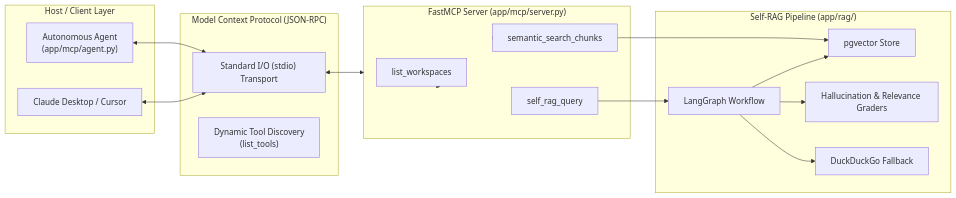
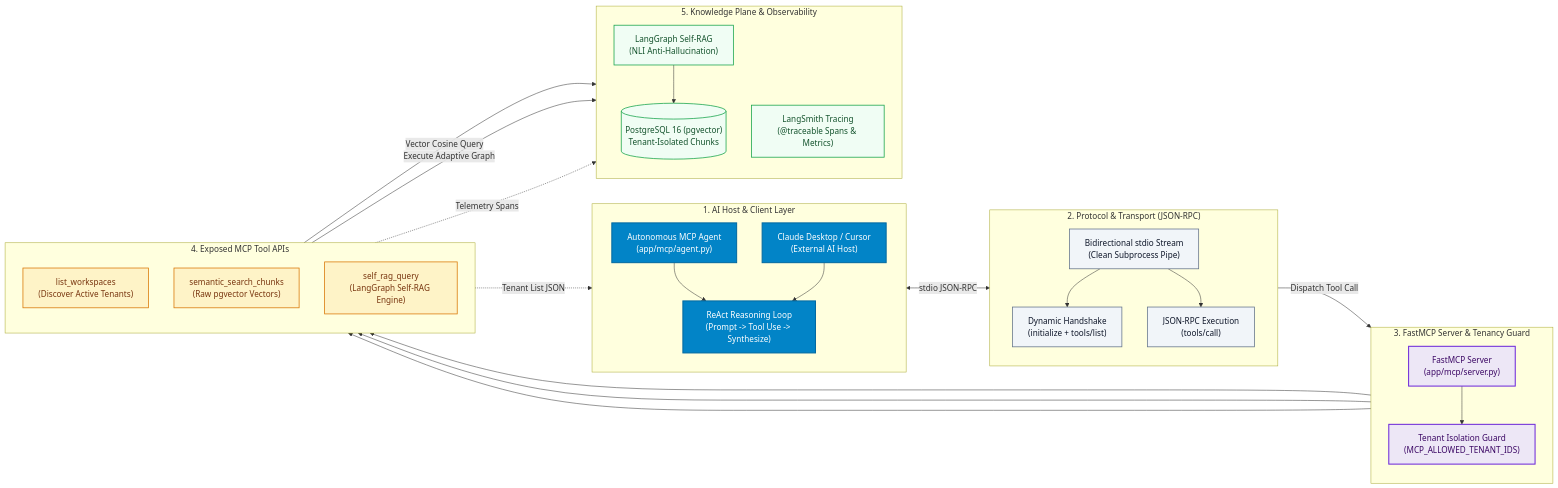
The second of 2 diagrams in README.md (Devisri-B/Multi-Tenant-SaaS-Platform-with-an-AI-Product-Assistant), drawn with Mermaid before and after one commit. The commit also changed other lines of this file and 5 other files, not shown here.

Commit message:
web search refined

````diff
--- a/README.md
+++ b/README.md
@@ -103,33 +112,67 @@
 ```mermaid
 flowchart LR
-    subgraph Host ["Host / Client Layer"]
-        Agent["Autonomous Agent<br/>(app/mcp/agent.py)"]
-        Claude["Claude Desktop / Cursor"]
+    %% Model Context Protocol (MCP) Architecture (Landscape Interview View)
+
+    subgraph Clients ["1. AI Host & Client Layer"]
+        direction TB
+        AgentCLI["Autonomous MCP Agent<br/>(app/mcp/agent.py)"]
+        IDE["Claude Desktop / Cursor<br/>(External AI Host)"]
+        ReActLoop["ReAct Reasoning Loop<br/>(Prompt -> Tool Use -> Synthesize)"]
+        AgentCLI --> ReActLoop
+        IDE --> ReActLoop
     end
 
-    subgraph MCP ["Model Context Protocol (JSON-RPC)"]
-        Stdio["Standard I/O (stdio) Transport"]
-        Discovery["Dynamic Tool Discovery<br/>(list_tools)"]
+    subgraph Protocol ["2. Protocol & Transport (JSON-RPC)"]
+        direction TB
+        StdioPipe["Bidirectional stdio Stream<br/>(Clean Subprocess Pipe)"]
+        Handshake["Dynamic Handshake<br/>(initialize + tools/list)"]
+        ToolCall["JSON-RPC Execution<br/>(tools/call)"]
+        StdioPipe --> Handshake
+        StdioPipe --> ToolCall
     end
 
-    subgraph Server ["FastMCP Server (app/mcp/server.py)"]
-        T1["list_workspaces"]
-        T2["semantic_search_chunks"]
-        T3["self_rag_query"]
+    subgraph Server ["3. FastMCP Server & Tenancy Guard"]
+        direction TB
+        MCPEngine["FastMCP Server<br/>(app/mcp/server.py)"]
+        TenantGuard["Tenant Isolation Guard<br/>(MCP_ALLOWED_TENANT_IDS)"]
+        MCPEngine --> TenantGuard
     end
 
-    subgraph Pipeline ["Self-RAG Pipeline (app/rag/)"]
-        Graph["LangGraph Workflow"]
-        PGVector["pgvector Store"]
-        Graders["Hallucination & Relevance Graders"]
-        Web["DuckDuckGo Fallback"]
+    subgraph Tools ["4. Exposed MCP Tool APIs"]
+        direction TB
+        T1["list_workspaces<br/>(Discover Active Tenants)"]
+        T2["semantic_search_chunks<br/>(Raw pgvector Vectors)"]
+        T3["self_rag_query<br/>(LangGraph Self-RAG Engine)"]
     end
 
-    Agent <--> Stdio
-    Claude <--> Stdio
-    Stdio <--> Server
-    Server --> T1 & T2 & T3
-    T2 --> PGVector
-    T3 --> Graph
-    Graph --> PGVector & Graders & Web
+    subgraph Backends ["5. Knowledge Plane & Observability"]
+        direction TB
+        PGVector[("PostgreSQL 16 (pgvector)<br/>Tenant-Isolated Chunks")]
+        LangGraphPipe["LangGraph Self-RAG<br/>(NLI Anti-Hallucination)"]
+        LangSmithTrace["LangSmith Tracing<br/>(@traceable Spans & Metrics)"]
+    end
+
+    %% Flow connections (Left to Right)
+    ReActLoop <-->|"stdio JSON-RPC"| StdioPipe
+    ToolCall -->|"Dispatch Tool Call"| MCPEngine
+    TenantGuard --> T1 & T2 & T3
+    
+    T1 -. "Tenant List JSON" .-> ReActLoop
+    T2 -->|"Vector Cosine Query"| PGVector
+    T3 -->|"Execute Adaptive Graph"| LangGraphPipe
+    LangGraphPipe --> PGVector
+    T3 -. "Telemetry Spans" .-> LangSmithTrace
+
+    %% Styling
+    classDef clientNode fill:#0284c7,stroke:#0369a1,color:#ffffff,stroke-width:2px;
+    classDef protoNode fill:#f1f5f9,stroke:#64748b,color:#0f172a,stroke-width:1.5px;
+    classDef serverNode fill:#ede7f6,stroke:#6d28d9,color:#3b0764,stroke-width:2px;
+    classDef toolNode fill:#fef3c7,stroke:#d97706,color:#78350f,stroke-width:1.5px;
+    classDef dataNode fill:#f0fdf4,stroke:#16a34a,color:#14532d,stroke-width:1.5px;
+
+    class AgentCLI,IDE,ReActLoop clientNode;
+    class StdioPipe,Handshake,ToolCall protoNode;
+    class MCPEngine,TenantGuard serverNode;
+    class T1,T2,T3 toolNode;
+    class PGVector,LangGraphPipe,LangSmithTrace dataNode;
 ```
````
